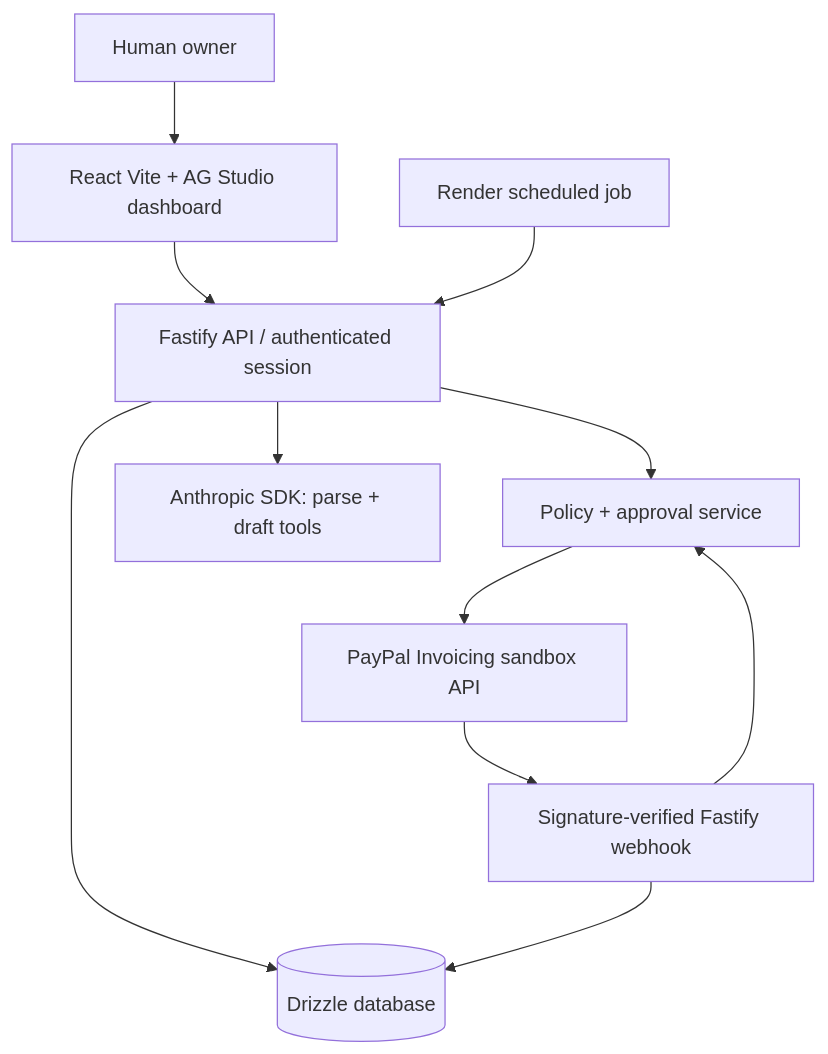
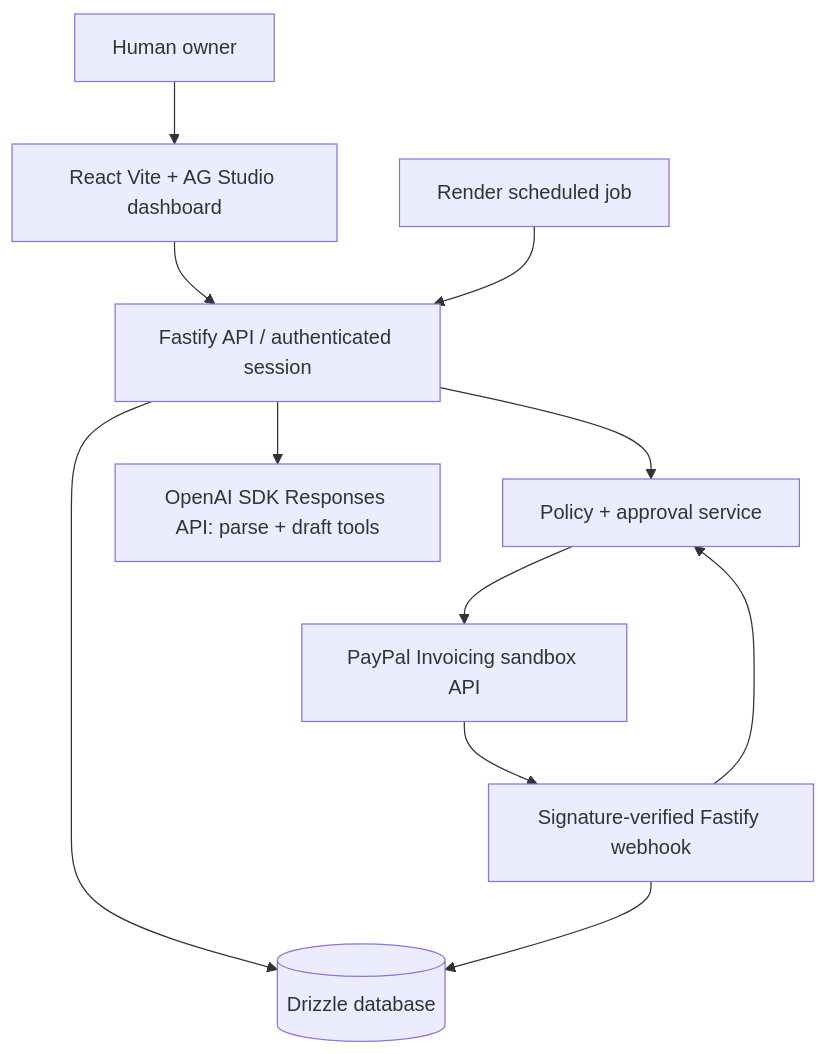
One commit to mrdzyn/nudgemyinvoice changed the diagram in docs/ARCHITECTURE.md. Above: the diagram before and after it, drawn with Mermaid. The commit also changed other lines of this file and 9 other files, not shown here.

First line of the commit message:
docs(nmi-p0): migrate AI provider plan from Anthropic to OpenAI Responses API

````diff
--- a/docs/ARCHITECTURE.md
+++ b/docs/ARCHITECTURE.md
@@ -6,13 +6,13 @@
 ```mermaid
 flowchart TD
   U[Human owner] --> W[React Vite + AG Studio dashboard]
   W --> A[Fastify API / authenticated session]
   A --> P[Policy + approval service]
   A --> D[(Drizzle database)]
-  A --> AI[Anthropic SDK: parse + draft tools]
+  A --> AI[OpenAI SDK Responses API: parse + draft tools]
   P --> PP[PayPal Invoicing sandbox API]
   PP --> H[Signature-verified Fastify webhook]
   H --> D
   H --> P
   C[Render scheduled job] --> A
 ```
````
